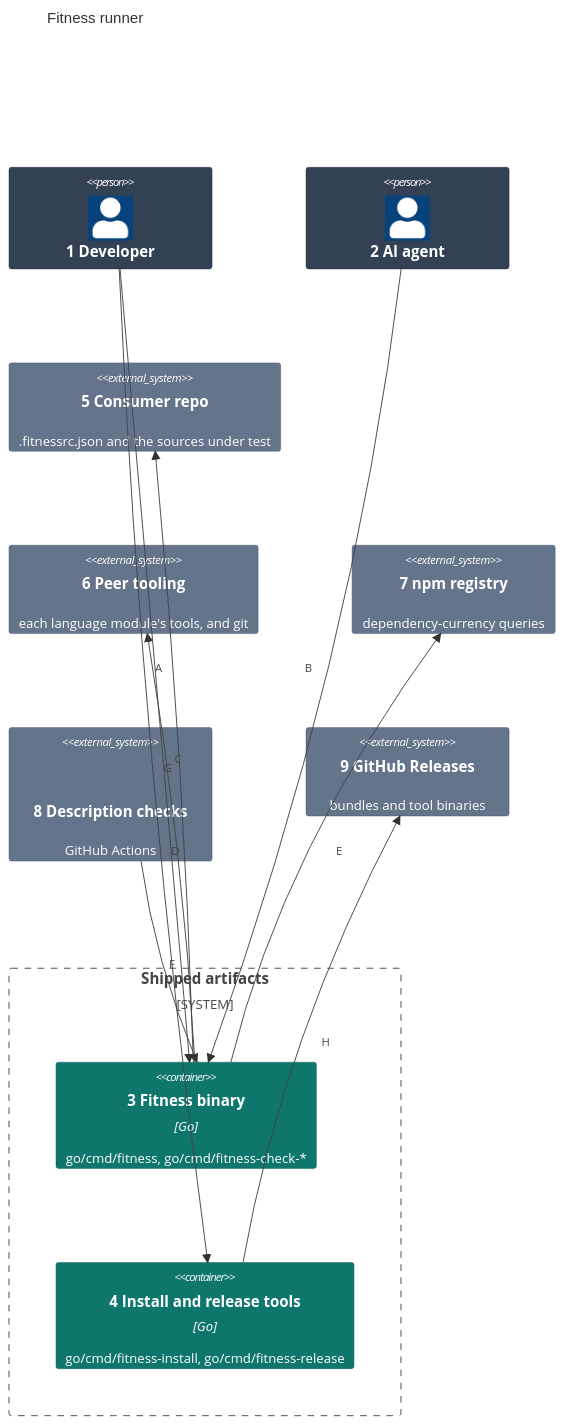
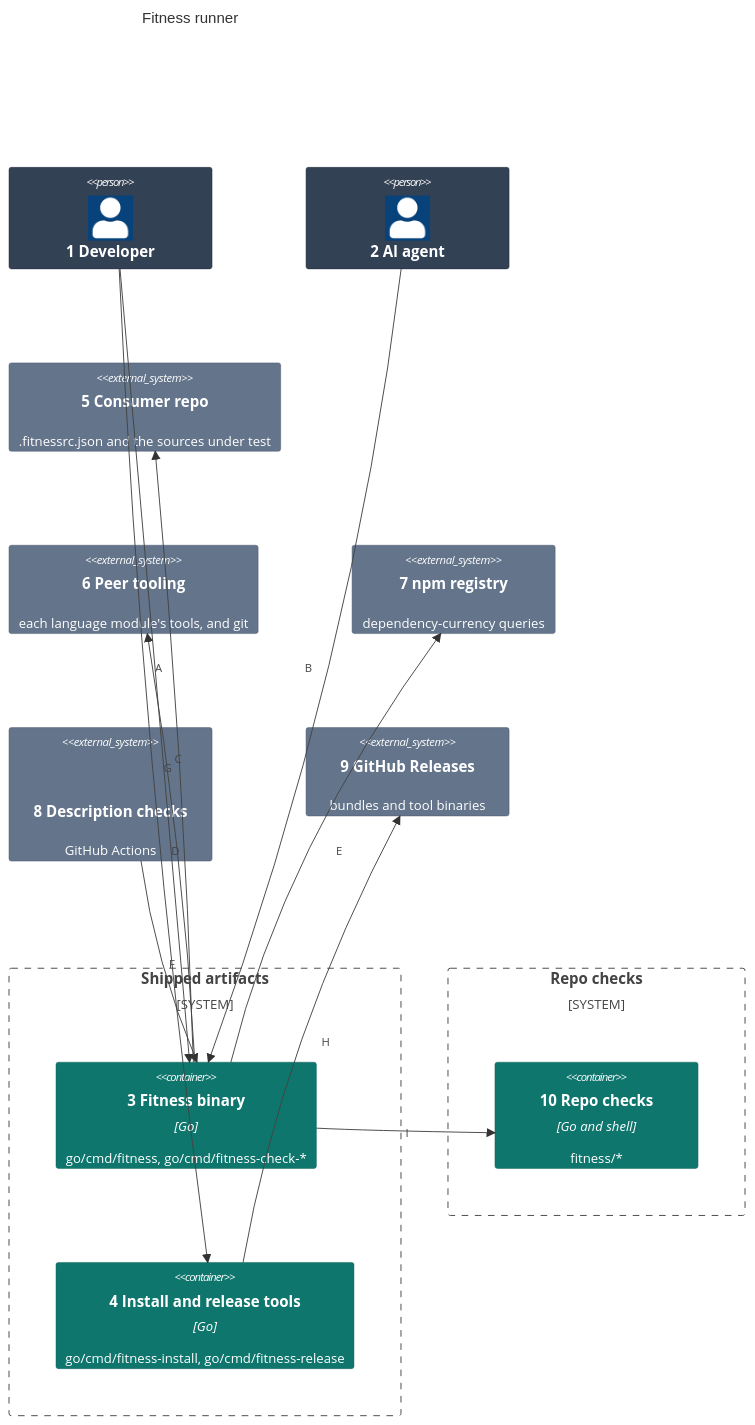
Before and after one commit to may-journal/fitness-runner: the first of 2 diagrams in docs/architecture/02-containers.md, drawn with Mermaid. The commit also changed other lines of this file and 48 other files, not shown here.

First line of the commit message:
feat(local-checks): keep fitness's own checks in its fitness folder

````diff
--- a/docs/architecture/02-containers.md
+++ b/docs/architecture/02-containers.md
@@ -3,37 +3,43 @@
 ```mermaid
 C4Container
     title Fitness runner
 
     Person(developer, "1 Developer")
     Person(agent, "2 AI agent")
 
     System_Boundary(ship, "Shipped artifacts") {
         Container(cli, "3 Fitness binary", "Go", "go/cmd/fitness, go/cmd/fitness-check-*")
         Container(tools, "4 Install and release tools", "Go", "go/cmd/fitness-install, go/cmd/fitness-release")
+    }
+
+    System_Boundary(own, "Repo checks") {
+        Container(repo, "10 Repo checks", "Go and shell", "fitness/*")
     }
 
     System_Ext(consumer, "5 Consumer repo", ".fitnessrc.json and the sources under test")
     System_Ext(peers, "6 Peer tooling", "each language module's tools, and git")
     System_Ext(registry, "7 npm registry", "dependency-currency queries")
     System_Ext(ci, "8 Description checks", "GitHub Actions", "issue-check and pr-check")
     System_Ext(releases, "9 GitHub Releases", "bundles and tool binaries")
 
     Rel(developer, cli, "A")
     Rel(agent, cli, "B")
     Rel(cli, consumer, "C")
     Rel(cli, peers, "D")
     Rel(cli, registry, "E")
     Rel(ci, cli, "F")
     Rel(developer, tools, "G")
     Rel(tools, releases, "H")
+    Rel(cli, repo, "I")
 
     UpdateElementStyle(developer, $bgColor="#334155", $borderColor="#1e293b", $fontColor="#ffffff")
     UpdateElementStyle(agent, $bgColor="#334155", $borderColor="#1e293b", $fontColor="#ffffff")
     UpdateElementStyle(cli, $bgColor="#0f766e", $borderColor="#115e59", $fontColor="#ffffff")
     UpdateElementStyle(tools, $bgColor="#0f766e", $borderColor="#115e59", $fontColor="#ffffff")
+    UpdateElementStyle(repo, $bgColor="#0f766e", $borderColor="#115e59", $fontColor="#ffffff")
     UpdateElementStyle(consumer, $bgColor="#64748b", $borderColor="#475569", $fontColor="#ffffff")
     UpdateElementStyle(peers, $bgColor="#64748b", $borderColor="#475569", $fontColor="#ffffff")
     UpdateElementStyle(registry, $bgColor="#64748b", $borderColor="#475569", $fontColor="#ffffff")
     UpdateElementStyle(ci, $bgColor="#64748b", $borderColor="#475569", $fontColor="#ffffff")
     UpdateElementStyle(releases, $bgColor="#64748b", $borderColor="#475569", $fontColor="#ffffff")
 ```
````
